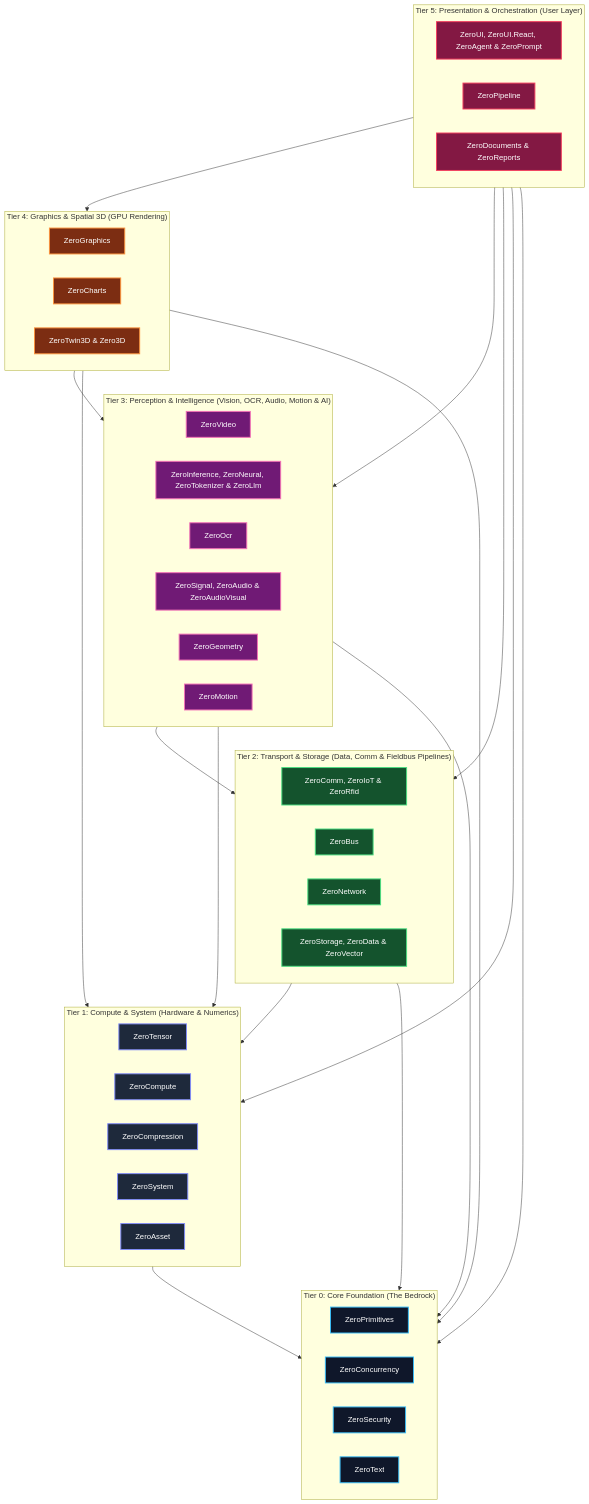
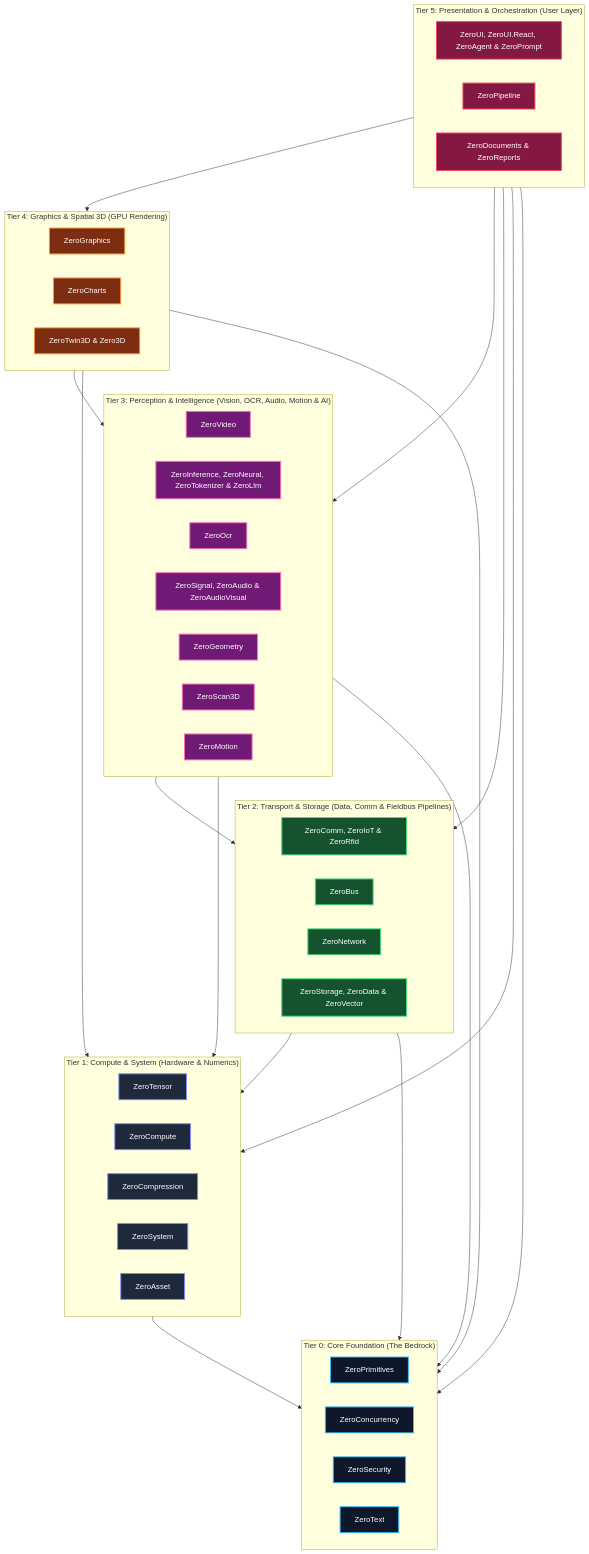
The diagram in docs/architect/platform-architecture.md (kzxl/ZeroPlatform), drawn with Mermaid before and after one commit. The commit also changed other lines of this file and 6 other files, not shown here.

Commit message:
feat(orchestration): register ZeroScan3D Tier 3 Visual SLAM and 3D spatial scanning subsystem

````diff
--- a/docs/architect/platform-architecture.md
+++ b/docs/architect/platform-architecture.md
@@ -13,58 +13,59 @@
 ```mermaid
 graph TD
     classDef l0 fill:#0f172a,stroke:#38bdf8,stroke-width:2px,color:#fff;
     classDef l1 fill:#1e293b,stroke:#818cf8,stroke-width:2px,color:#fff;
     classDef l2 fill:#14532d,stroke:#4ade80,stroke-width:2px,color:#fff;
     classDef l3 fill:#701a75,stroke:#f472b6,stroke-width:2px,color:#fff;
     classDef l4 fill:#7c2d12,stroke:#fb923c,stroke-width:2px,color:#fff;
     classDef l5 fill:#831843,stroke:#f43f5e,stroke-width:2px,color:#fff;
 
     subgraph L5 ["Tier 5: Presentation & Orchestration (User Layer)"]
         UI["ZeroUI, ZeroUI.React, ZeroAgent & ZeroPrompt"]:::l5
         Pipe["ZeroPipeline"]:::l5
         Docs["ZeroDocuments & ZeroReports"]:::l5
     end
 
     subgraph L4 ["Tier 4: Graphics & Spatial 3D (GPU Rendering)"]
         Gfx["ZeroGraphics"]:::l4
         Charts["ZeroCharts"]:::l4
         Twin["ZeroTwin3D & Zero3D"]:::l4
     end
 
     subgraph L3 ["Tier 3: Perception & Intelligence (Vision, OCR, Audio, Motion & AI)"]
         Video["ZeroVideo"]:::l3
         Infer["ZeroInference, ZeroNeural, ZeroTokenizer & ZeroLlm"]:::l3
         Ocr["ZeroOcr"]:::l3
         Sig["ZeroSignal, ZeroAudio & ZeroAudioVisual"]:::l3
         Geom["ZeroGeometry"]:::l3
+        Scan["ZeroScan3D"]:::l3
         Mot["ZeroMotion"]:::l3
     end
 
     subgraph L2 ["Tier 2: Transport & Storage (Data, Comm & Fieldbus Pipelines)"]
         Comm["ZeroComm, ZeroIoT & ZeroRfid"]:::l2
         Bus["ZeroBus"]:::l2
         Net["ZeroNetwork"]:::l2
         Store["ZeroStorage, ZeroData & ZeroVector"]:::l2
     end
 
     subgraph L1 ["Tier 1: Compute & System (Hardware & Numerics)"]
         Tensor["ZeroTensor"]:::l1
         Comp["ZeroCompute"]:::l1
         Compres["ZeroCompression"]:::l1
         Sys["ZeroSystem"]:::l1
         Asset["ZeroAsset"]:::l1
     end
 
     subgraph L0 ["Tier 0: Core Foundation (The Bedrock)"]
         Prim["ZeroPrimitives"]:::l0
         Conc["ZeroConcurrency"]:::l0
         Sec["ZeroSecurity"]:::l0
         Txt["ZeroText"]:::l0
     end
 
     L5 --> L4 & L3 & L2 & L1 & L0
     L4 --> L3 & L1 & L0
     L3 --> L2 & L1 & L0
     L2 --> L1 & L0
     L1 --> L0
 ```
````
